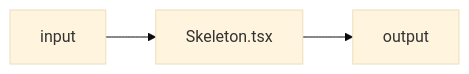
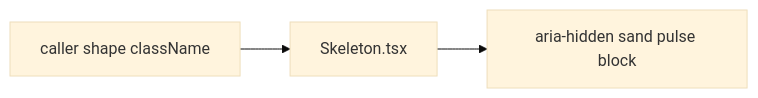
The diagram in apps/web/src/shared/ui/Skeleton.tsx.md (AzamatRaimbekov2/openCreate), drawn with Mermaid (base theme) before and after one commit. The commit also changed other lines of this file and 51 other files, not shown here.

````diff
--- a/apps/web/src/shared/ui/Skeleton.tsx.md
+++ b/apps/web/src/shared/ui/Skeleton.tsx.md
@@ -19,4 +19,4 @@
 ```mermaid
 flowchart LR
-  IN[input] --> Skeleton[Skeleton.tsx] --> OUT[output]
+  C[caller shape className] --> SK[Skeleton.tsx] --> OUT[aria-hidden sand pulse block]
 ```
````
